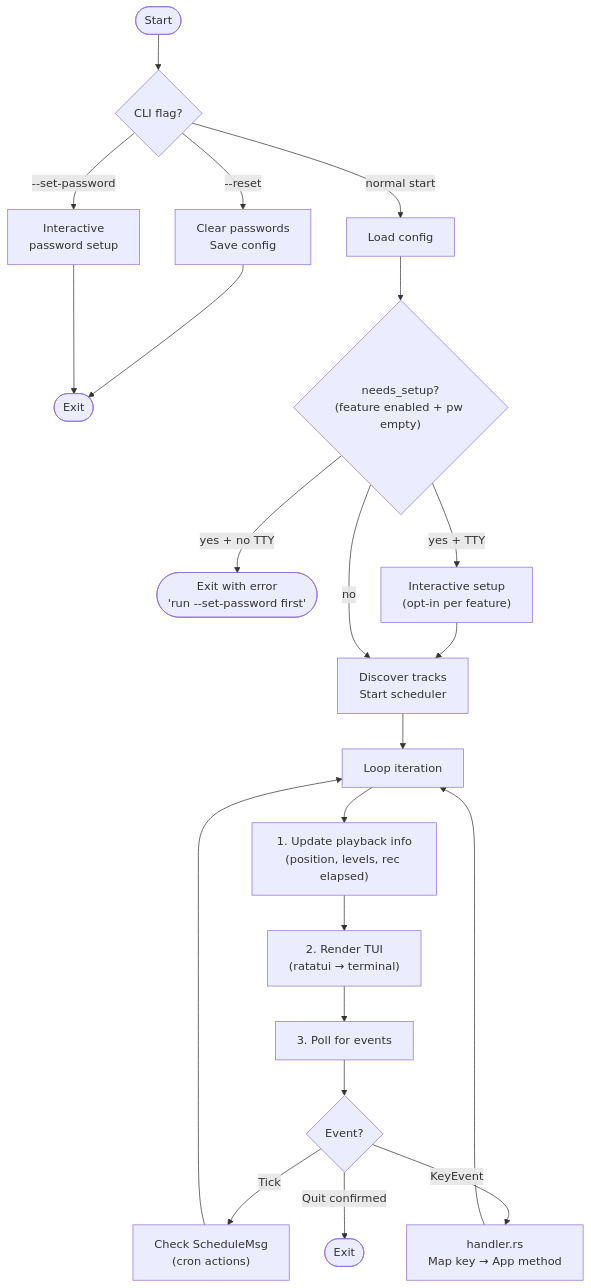
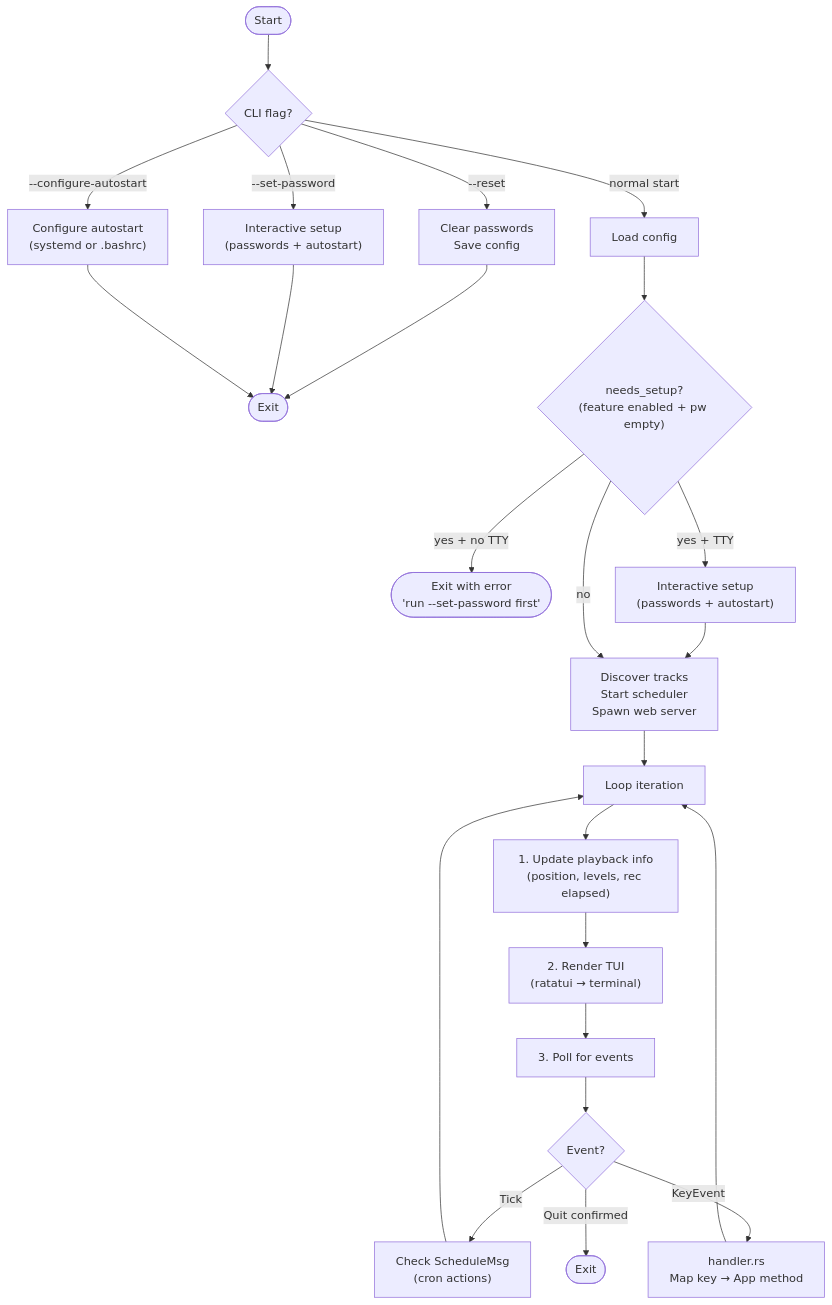
Before and after one commit to jesse-stewart/octotrack: the second of 6 diagrams in docs/architecture.md, drawn with Mermaid. The commit also changed other lines of this file and 16 other files, not shown here.

````diff
--- a/docs/architecture.md
+++ b/docs/architecture.md
@@ -29,25 +37,27 @@
 ```mermaid
 flowchart TD
     start([Start]) --> flags{"CLI flag?"}
     flags -->|"--reset"| reset["Clear passwords\nSave config"]
-    flags -->|"--set-password"| setup_forced["Interactive\npassword setup"]
+    flags -->|"--set-password"| setup_forced["Interactive setup\n(passwords + autostart)"]
+    flags -->|"--configure-autostart"| autostart["Configure autostart\n(systemd or .bashrc)"]
     reset --> exit_early([Exit])
     setup_forced --> exit_early
+    autostart --> exit_early
 
     flags -->|"normal start"| load_cfg["Load config"]
     load_cfg --> first_run{"needs_setup?\n(feature enabled + pw empty)"}
     first_run -->|"yes + no TTY"| err([Exit with error\n'run --set-password first'])
-    first_run -->|"yes + TTY"| setup["Interactive setup\n(opt-in per feature)"]
+    first_run -->|"yes + TTY"| setup["Interactive setup\n(passwords + autostart)"]
     setup --> init
-    first_run -->|"no"| init["Discover tracks\nStart scheduler"]
+    first_run -->|"no"| init["Discover tracks\nStart scheduler\nSpawn web server"]
     init --> loop_top["Loop iteration"]
     loop_top --> update["1. Update playback info\n(position, levels, rec elapsed)"]
     update --> render["2. Render TUI\n(ratatui → terminal)"]
     render --> poll["3. Poll for events"]
     poll --> tick{"Event?"}
     tick -->|"Tick"| sched_check["Check ScheduleMsg\n(cron actions)"]
     sched_check --> loop_top
     tick -->|"KeyEvent"| handler["handler.rs\nMap key → App method"]
     handler --> loop_top
     tick -->|"Quit confirmed"| exit([Exit])
 ```
````
